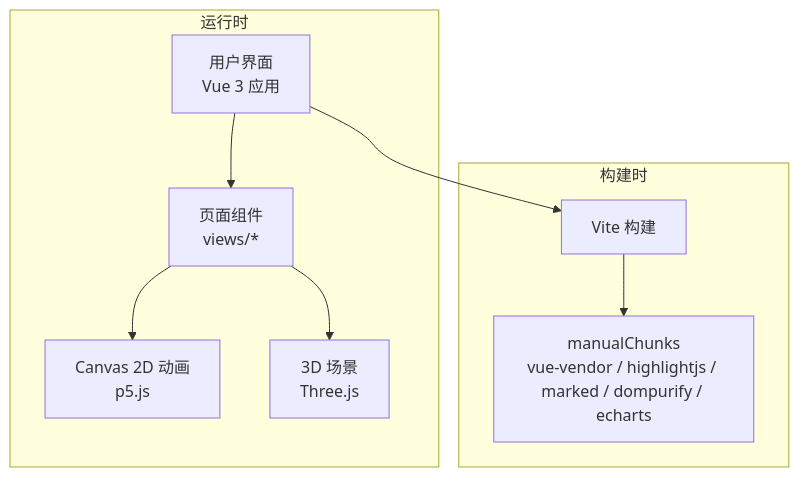
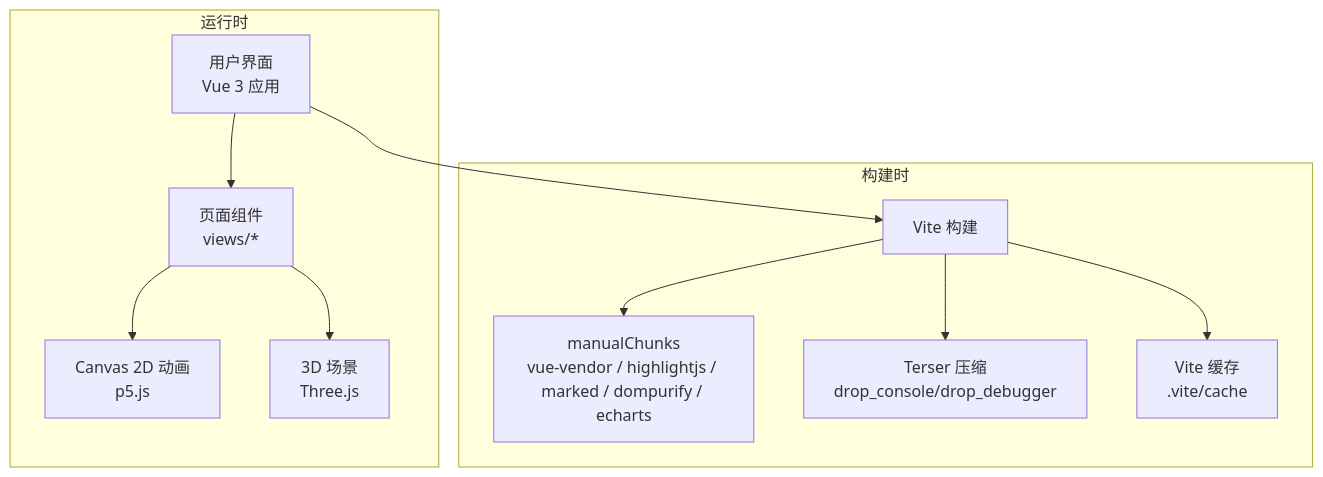
Before and after one commit to yuyezhizhi/yuyezhizhi.github.io: the second of 7 diagrams in .qoder/repowiki/zh/content/性能优化.md, drawn with Mermaid. The commit also changed other lines of this file and 9 other files, not shown here.

````diff
--- a/.qoder/repowiki/zh/content/性能优化.md
+++ b/.qoder/repowiki/zh/content/性能优化.md
@@ -86,12 +97,14 @@
 ```mermaid
 graph TB
 subgraph "运行时"
 U["用户界面<br/>Vue 3 应用"] --> P["页面组件<br/>views/*"]
 P --> C2D["Canvas 2D 动画<br/>p5.js"]
 P --> TH["3D 场景<br/>Three.js"]
 end
 subgraph "构建时"
 V["Vite 构建"] --> M["manualChunks<br/>vue-vendor / highlightjs / marked / dompurify / echarts"]
+V --> T["Terser 压缩<br/>drop_console/drop_debugger"]
+V --> C["Vite 缓存<br/>.vite/cache"]
 end
 U --> V
 ```
````
